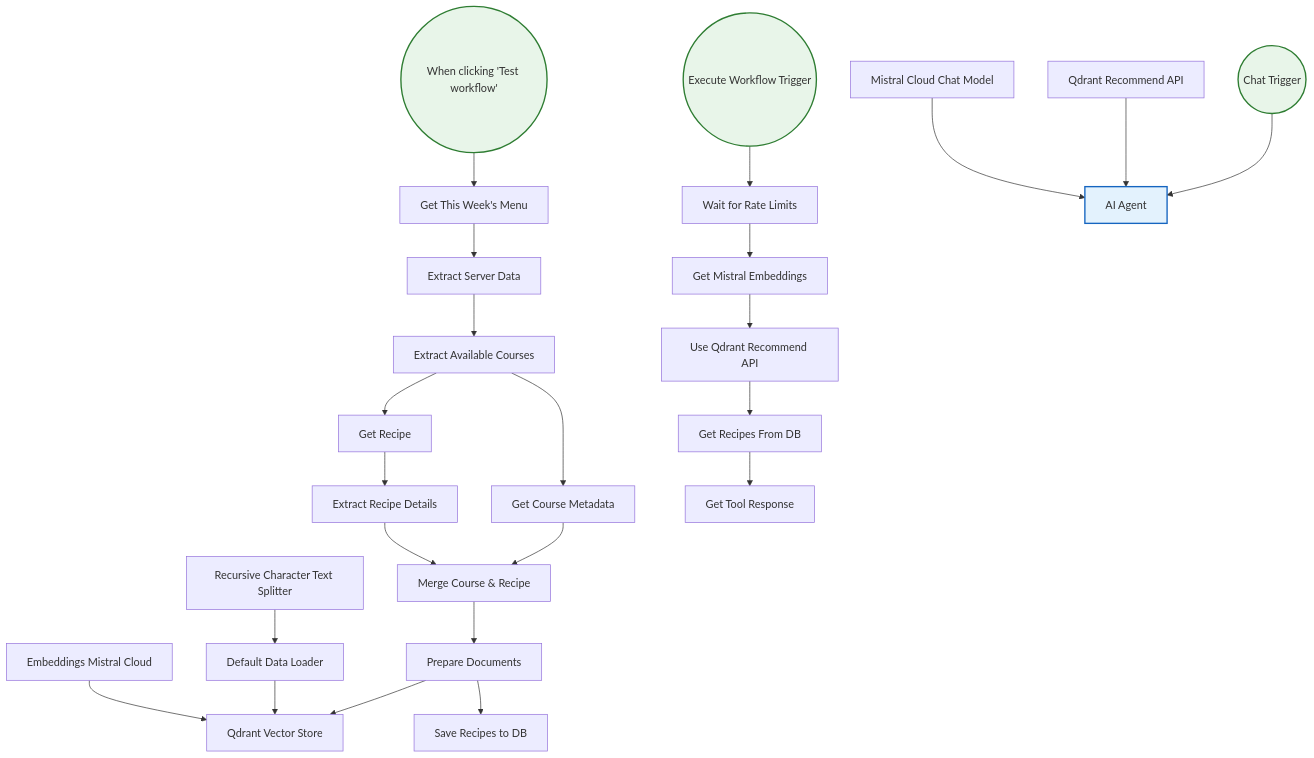
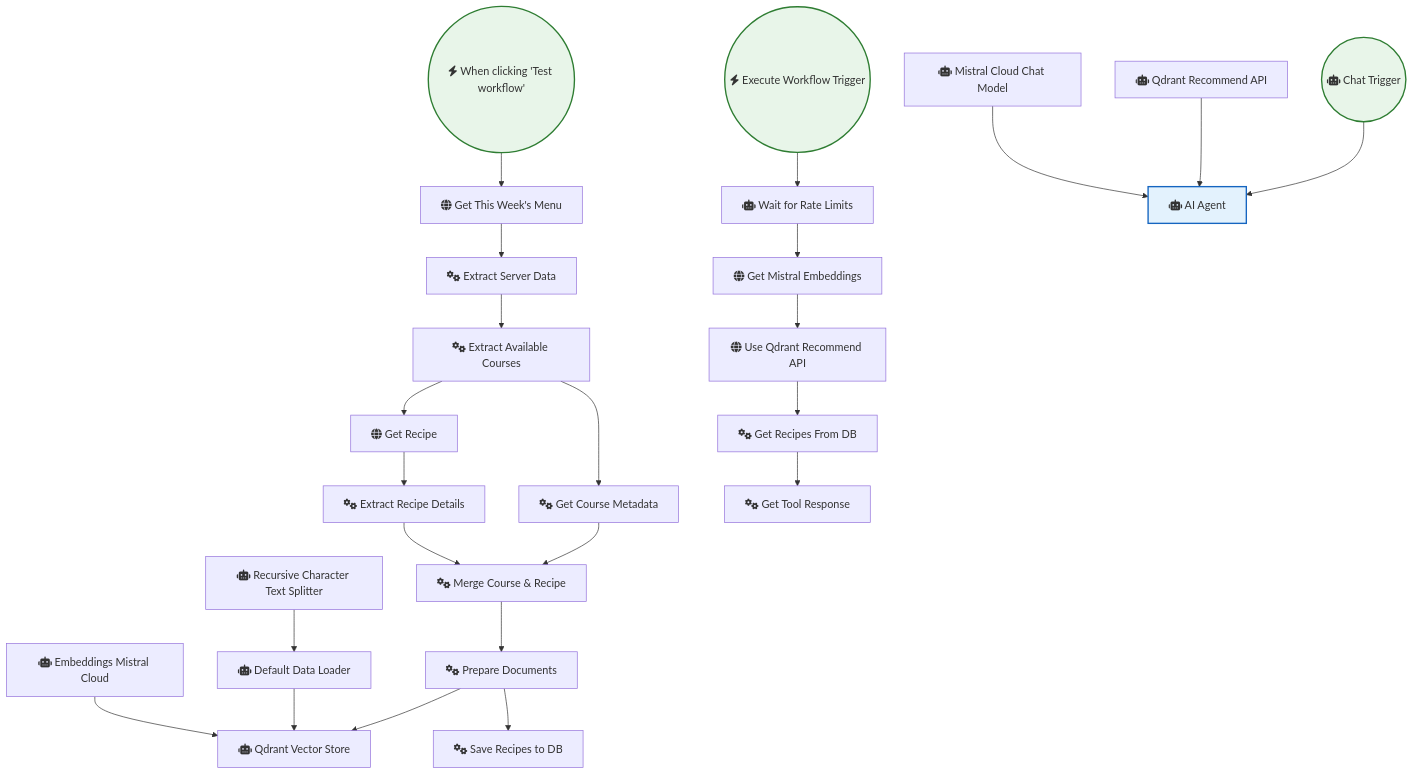
The diagram in AI_Research_RAG_and_Data_Analysis/Recipe Recommendations with Qdrant and Mistral.md (sreyash3105/N8N-DEMO-AUTOMATIONS), drawn with Mermaid before and after one commit. The commit also changed 291 other files, not shown here.

````diff
--- a/AI_Research_RAG_and_Data_Analysis/Recipe Recommendations with Qdrant and Mistral.md
+++ b/AI_Research_RAG_and_Data_Analysis/Recipe Recommendations with Qdrant and Mistral.md
@@ -1,54 +1,54 @@
 ```mermaid
 graph TD
     classDef trigger fill:#e8f5e9,stroke:#2e7d32,stroke-width:2px;
     classDef ai fill:#e3f2fd,stroke:#1565c0,stroke-width:2px;
     classDef logic fill:#fff3e0,stroke:#ef6c00,stroke-width:2px;
 
-    When_clicking__Test_workflow_(("When clicking 'Test workflow'")):::trigger
-    Get_This_Week_s_Menu["Get This Week's Menu"]
-    Extract_Available_Courses["Extract Available Courses"]
-    Extract_Server_Data["Extract Server Data"]
-    Get_Course_Metadata["Get Course Metadata"]
-    Get_Recipe["Get Recipe"]
-    Embeddings_Mistral_Cloud["Embeddings Mistral Cloud"]
-    Default_Data_Loader["Default Data Loader"]
-    Merge_Course___Recipe["Merge Course & Recipe"]
-    Prepare_Documents["Prepare Documents"]
-    Recursive_Character_Text_Splitter["Recursive Character Text Splitter"]
-    Chat_Trigger(("Chat Trigger")):::trigger
-    Extract_Recipe_Details["Extract Recipe Details"]
-    Qdrant_Recommend_API["Qdrant Recommend API"]
-    Execute_Workflow_Trigger(("Execute Workflow Trigger")):::trigger
-    Mistral_Cloud_Chat_Model["Mistral Cloud Chat Model"]
-    Get_Tool_Response["Get Tool Response"]
-    Wait_for_Rate_Limits["Wait for Rate Limits"]
-    Get_Mistral_Embeddings["Get Mistral Embeddings"]
-    Use_Qdrant_Recommend_API["Use Qdrant Recommend API"]
-    Get_Recipes_From_DB["Get Recipes From DB"]
-    Save_Recipes_to_DB["Save Recipes to DB"]
-    AI_Agent["AI Agent"]:::ai
-    Qdrant_Vector_Store["Qdrant Vector Store"]
+    When_clicking__Test_workflow_(("fas:fa-bolt When clicking 'Test workflow'")):::trigger
+    Get_This_Week_s_Menu["fas:fa-globe Get This Week's Menu"]
+    Extract_Available_Courses["fas:fa-cogs Extract Available Courses"]
+    Extract_Server_Data["fas:fa-cogs Extract Server Data"]
+    Get_Course_Metadata["fas:fa-cogs Get Course Metadata"]
+    Get_Recipe["fas:fa-globe Get Recipe"]
+    Embeddings_Mistral_Cloud["fas:fa-robot Embeddings Mistral Cloud"]
+    Default_Data_Loader["fas:fa-robot Default Data Loader"]
+    Merge_Course___Recipe["fas:fa-cogs Merge Course & Recipe"]
+    Prepare_Documents["fas:fa-cogs Prepare Documents"]
+    Recursive_Character_Text_Splitter["fas:fa-robot Recursive Character Text Splitter"]
+    Chat_Trigger(("fas:fa-robot Chat Trigger")):::trigger
+    Extract_Recipe_Details["fas:fa-cogs Extract Recipe Details"]
+    Qdrant_Recommend_API["fas:fa-robot Qdrant Recommend API"]
+    Execute_Workflow_Trigger(("fas:fa-bolt Execute Workflow Trigger")):::trigger
+    Mistral_Cloud_Chat_Model["fas:fa-robot Mistral Cloud Chat Model"]
+    Get_Tool_Response["fas:fa-cogs Get Tool Response"]
+    Wait_for_Rate_Limits["fas:fa-robot Wait for Rate Limits"]
+    Get_Mistral_Embeddings["fas:fa-globe Get Mistral Embeddings"]
+    Use_Qdrant_Recommend_API["fas:fa-globe Use Qdrant Recommend API"]
+    Get_Recipes_From_DB["fas:fa-cogs Get Recipes From DB"]
+    Save_Recipes_to_DB["fas:fa-cogs Save Recipes to DB"]
+    AI_Agent["fas:fa-robot AI Agent"]:::ai
+    Qdrant_Vector_Store["fas:fa-robot Qdrant Vector Store"]
 
     Get_Recipe --> Extract_Recipe_Details
     Chat_Trigger --> AI_Agent
     Prepare_Documents --> Qdrant_Vector_Store
     Prepare_Documents --> Save_Recipes_to_DB
     Default_Data_Loader --> Qdrant_Vector_Store
     Extract_Server_Data --> Extract_Available_Courses
     Get_Course_Metadata --> Merge_Course___Recipe
     Get_Recipes_From_DB --> Get_Tool_Response
     Get_This_Week_s_Menu --> Extract_Server_Data
     Qdrant_Recommend_API --> AI_Agent
     Wait_for_Rate_Limits --> Get_Mistral_Embeddings
     Merge_Course___Recipe --> Prepare_Documents
     Extract_Recipe_Details --> Merge_Course___Recipe
     Get_Mistral_Embeddings --> Use_Qdrant_Recommend_API
     Embeddings_Mistral_Cloud --> Qdrant_Vector_Store
     Execute_Workflow_Trigger --> Wait_for_Rate_Limits
     Mistral_Cloud_Chat_Model --> AI_Agent
     Use_Qdrant_Recommend_API --> Get_Recipes_From_DB
     Extract_Available_Courses --> Get_Course_Metadata
     Extract_Available_Courses --> Get_Recipe
     When_clicking__Test_workflow_ --> Get_This_Week_s_Menu
     Recursive_Character_Text_Splitter --> Default_Data_Loader
 ```
````
